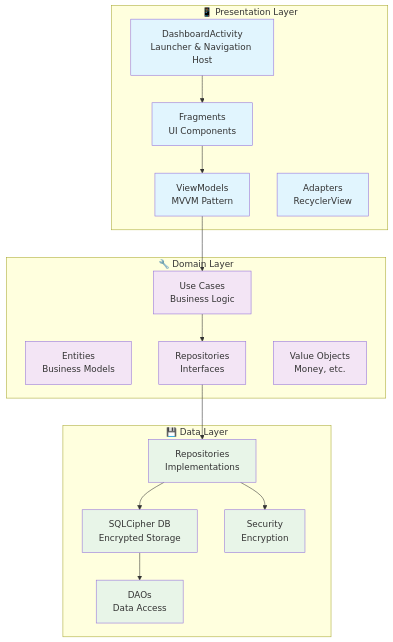
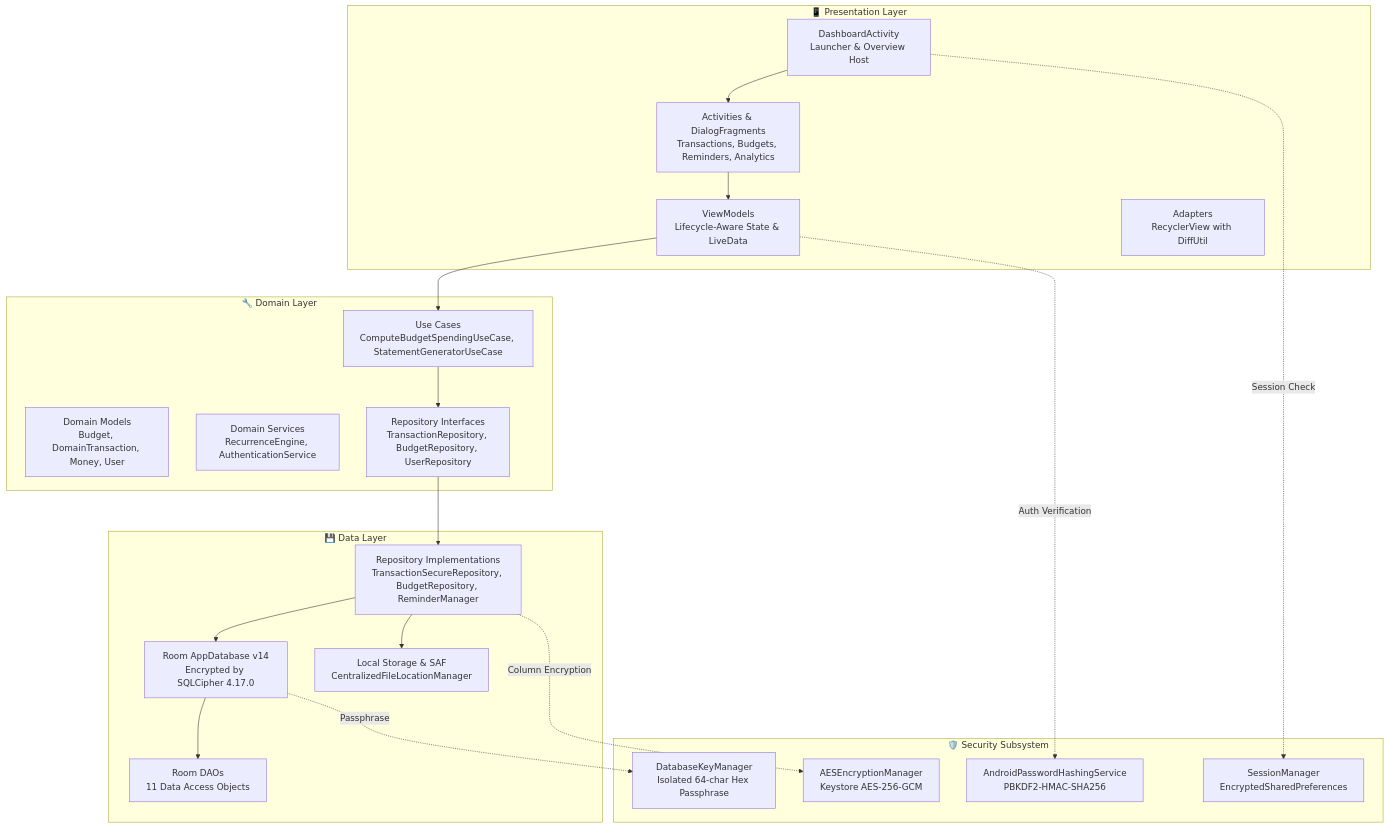
The first of 4 diagrams in README.md (maurihimanshu/expenso-docs), drawn with Mermaid before and after one commit. The commit also changed other lines of this file and 7 other files, not shown here.

````diff
--- a/README.md
+++ b/README.md
@@ -42,40 +55,43 @@
 ```mermaid
-graph TB
-    subgraph "📱 Presentation Layer"
-        A[DashboardActivity<br/>Launcher & Navigation Host]
-        B[Fragments<br/>UI Components]
-        C[ViewModels<br/>MVVM Pattern]
-        D[Adapters<br/>RecyclerView]
+flowchart TD
+    subgraph Presentation_Layer["📱 Presentation Layer"]
+        A["DashboardActivity<br/>Launcher & Overview Host"]
+        B["Activities & DialogFragments<br/>Transactions, Budgets, Reminders, Analytics"]
+        C["ViewModels<br/>Lifecycle-Aware State & LiveData"]
+        D["Adapters<br/>RecyclerView with DiffUtil"]
     end
     
-    subgraph "🔧 Domain Layer"
-        E[Entities<br/>Business Models]
-        F[Use Cases<br/>Business Logic]
-        G[Repositories<br/>Interfaces]
-        H[Value Objects<br/>Money, etc.]
+    subgraph Domain_Layer["🔧 Domain Layer"]
+        E["Domain Models<br/>Budget, DomainTransaction, Money, User"]
+        F["Use Cases<br/>ComputeBudgetSpendingUseCase, StatementGeneratorUseCase"]
+        G["Domain Services<br/>RecurrenceEngine, AuthenticationService"]
+        H["Repository Interfaces<br/>TransactionRepository, BudgetRepository, UserRepository"]
     end
     
-    subgraph "💾 Data Layer"
-        I[Repositories<br/>Implementations]
-        J[SQLCipher DB<br/>Encrypted Storage]
-        K[DAOs<br/>Data Access]
-        L[Security<br/>Encryption]
+    subgraph Data_Layer["💾 Data Layer"]
+        I["Repository Implementations<br/>TransactionSecureRepository, BudgetRepository, ReminderManager"]
+        J["Room AppDatabase v14<br/>Encrypted by SQLCipher 4.17.0"]
+        K["Room DAOs<br/>11 Data Access Objects"]
+        L["Local Storage & SAF<br/>CentralizedFileLocationManager"]
+    end
+
+    subgraph Security_Subsystem["🛡️ Security Subsystem"]
+        M["DatabaseKeyManager<br/>Isolated 64-char Hex Passphrase"]
+        N["AESEncryptionManager<br/>Keystore AES-256-GCM"]
+        O["AndroidPasswordHashingService<br/>PBKDF2-HMAC-SHA256"]
+        P["SessionManager<br/>EncryptedSharedPreferences"]
     end
     
     A --> B
     B --> C
     C --> F
-    F --> G
-    G --> I
+    F --> H
+    H --> I
     I --> J
     J --> K
     I --> L
-    
-    classDef presentation fill:#e1f5fe
-    classDef domain fill:#f3e5f5
-    classDef data fill:#e8f5e8
-    
-    class A,B,C,D presentation
-    class E,F,G,H domain
-    class I,J,K,L data
+    J -.->|Passphrase| M
+    I -.->|Column Encryption| N
+    C -.->|Auth Verification| O
+    A -.->|Session Check| P
 ```
````
